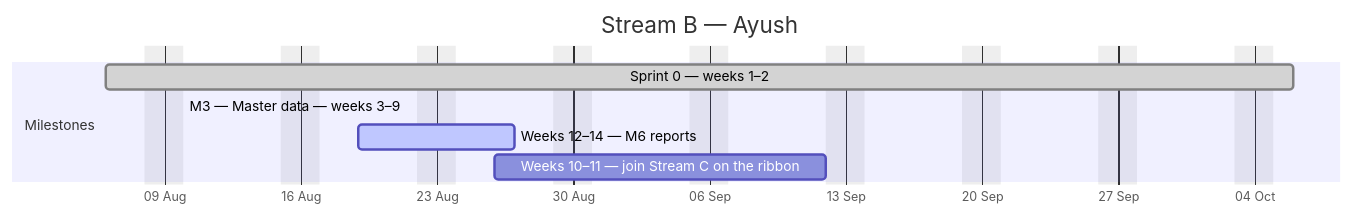
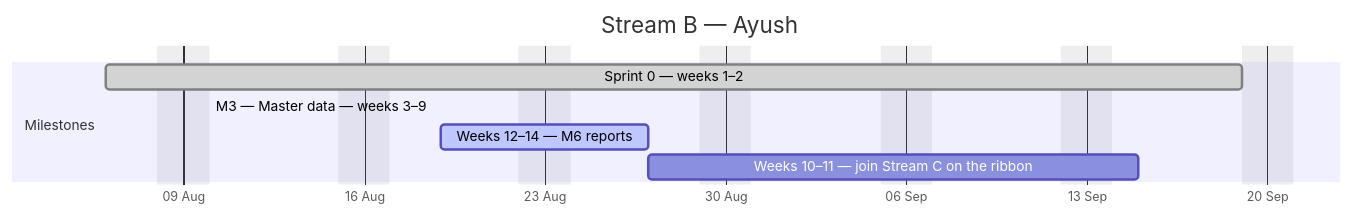
The second of 4 diagrams in docs/plan/GANTT.md (debashisedunext/EduTrack), drawn with Mermaid before and after one commit. The commit also changed other lines of this file and 6 other files, not shown here.

````diff
--- a/docs/plan/GANTT.md
+++ b/docs/plan/GANTT.md
@@ -115,12 +105,12 @@
 ```mermaid
 gantt
     dateFormat YYYY-MM-DD
     axisFormat %d %b
     title Stream B — Ayush
     excludes weekends
     section Milestones
-    Sprint 0 — weeks 1–2 :done, b0, 2026-08-06, 43d
-    M3 — Master data — weeks 3–9 :active, b1, 2026-08-10, -9d
+    Sprint 0 — weeks 1–2 :done, b0, 2026-08-06, 32d
+    M3 — Master data — weeks 3–9 :active, b1, 2026-08-10, -8d
     Weeks 12–14 — M6 reports :active, b2, 2026-08-19, 6d
-    Weeks 10–11 — join Stream C on the ribbon :b3, 2026-08-26, 13d
+    Weeks 10–11 — join Stream C on the ribbon :b3, 2026-08-27, 13d
 ```
````
